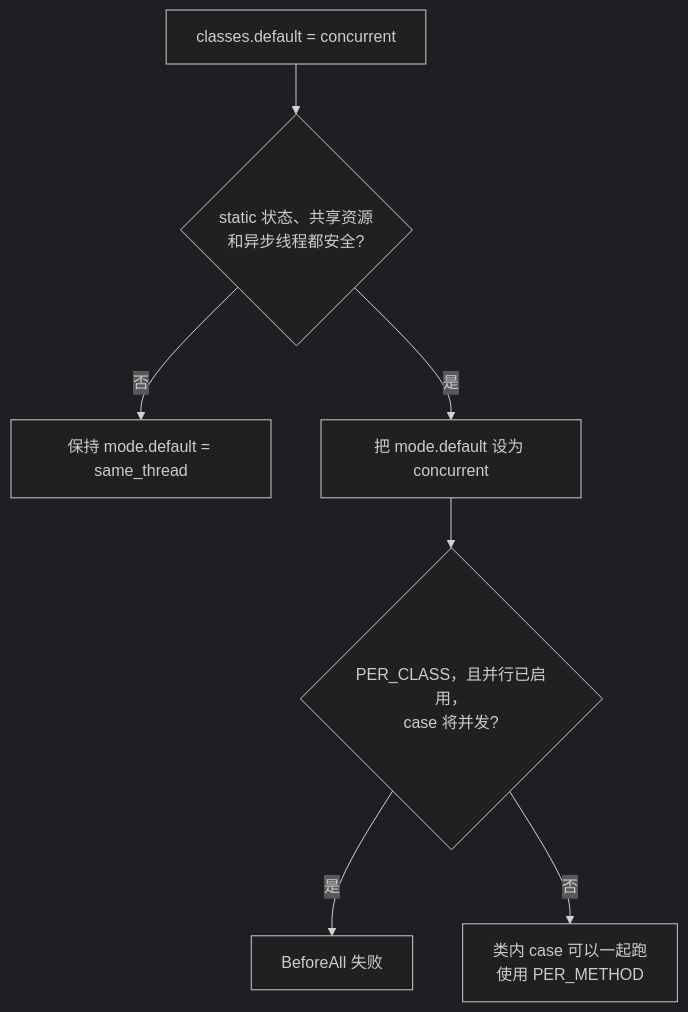
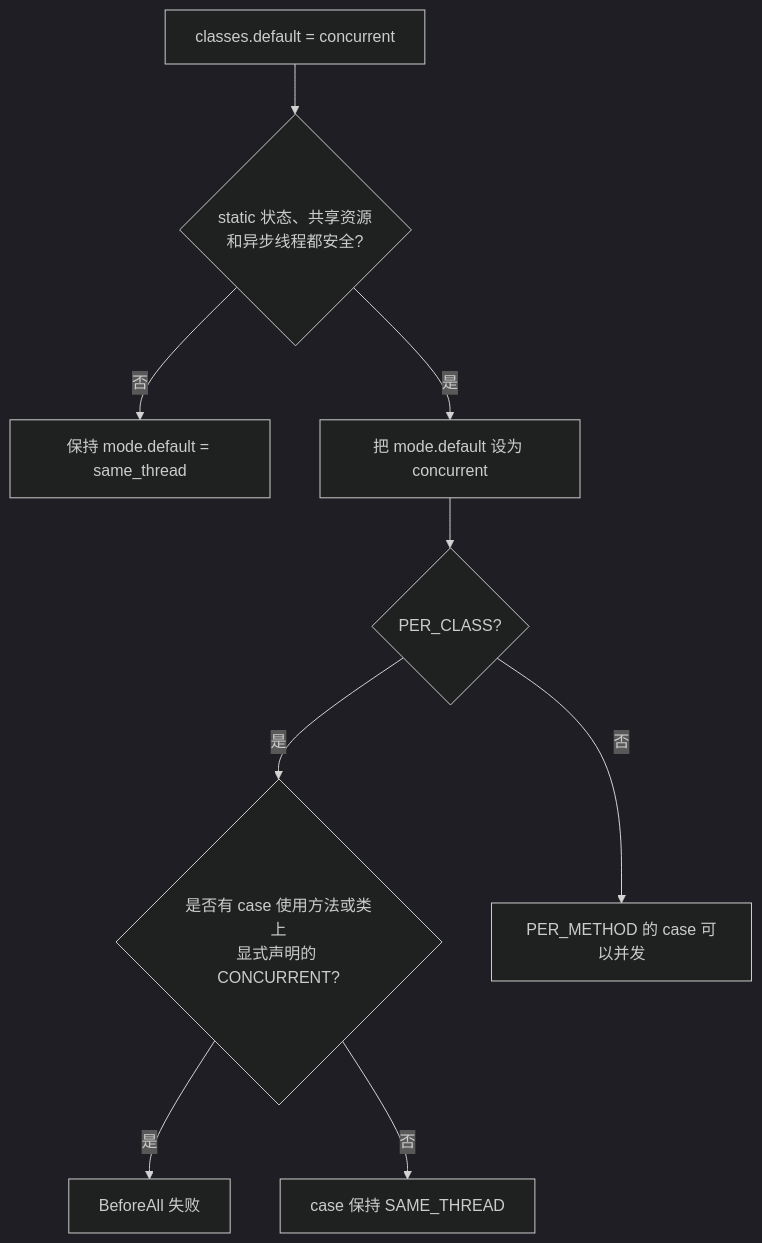
The eighth of 8 diagrams in README.zh-CN.md (cyAquarius/just-test), drawn with Mermaid (dark theme) before and after one commit. The commit also changed other lines of this file and 4 other files, not shown here.

Commit message:
fix: treat bare PER_CLASS as SAME_THREAD under concurrent defaults (#164)

````diff
--- a/README.zh-CN.md
+++ b/README.zh-CN.md
@@ -646,9 +646,11 @@
 ```mermaid
 flowchart TD
   on["classes.default = concurrent"] --> ask{"static 状态、共享资源<br>和异步线程都安全?"}
   ask -->|否| seq["保持 mode.default = same_thread"]
   ask -->|是| conc["把 mode.default 设为 concurrent"]
-  conc --> per{"PER_CLASS，且并行已启用，<br>case 将并发?"}
-  per -->|是| fail["BeforeAll 失败"]
-  per -->|否| go["类内 case 可以一起跑<br>使用 PER_METHOD"]
+  conc --> per{"PER_CLASS?"}
+  per -->|是| explicit{"是否有 case 使用方法或类上<br>显式声明的 CONCURRENT?"}
+  explicit -->|是| fail["BeforeAll 失败"]
+  explicit -->|否| same["case 保持 SAME_THREAD"]
+  per -->|否| go["PER_METHOD 的 case 可以并发"]
 ```
````
